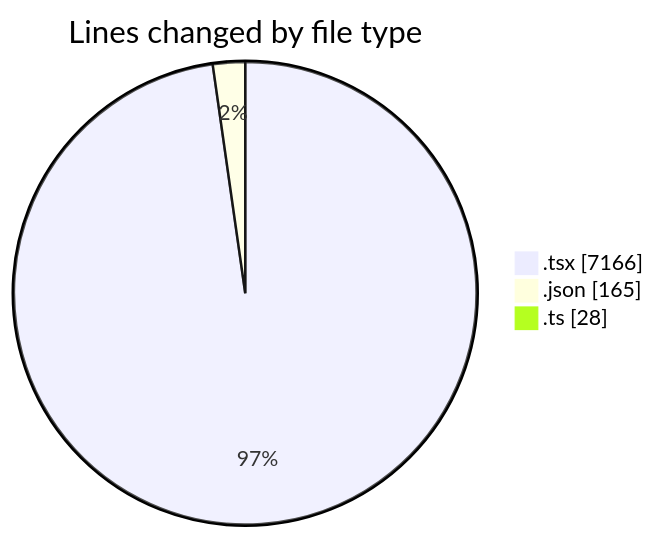
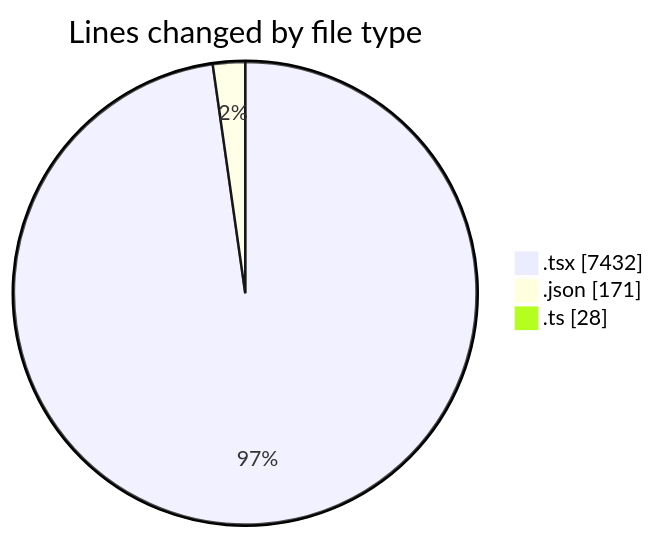
Before and after one commit to momahboobian/code-tracking: the first of 2 diagrams in 2026-11-13/broadcaster-v6-feature/README.md, drawn with Mermaid. The commit also changed other lines of this file and 1 other file, not shown here.

````diff
--- a/2026-11-13/broadcaster-v6-feature/README.md
+++ b/2026-11-13/broadcaster-v6-feature/README.md
@@ -39,7 +40,7 @@
 ```mermaid
 pie showData
 title Lines changed by file type
-".tsx" : 7166
-".json" : 165
+".tsx" : 7432
+".json" : 171
 ".ts" : 28
 ```
````
